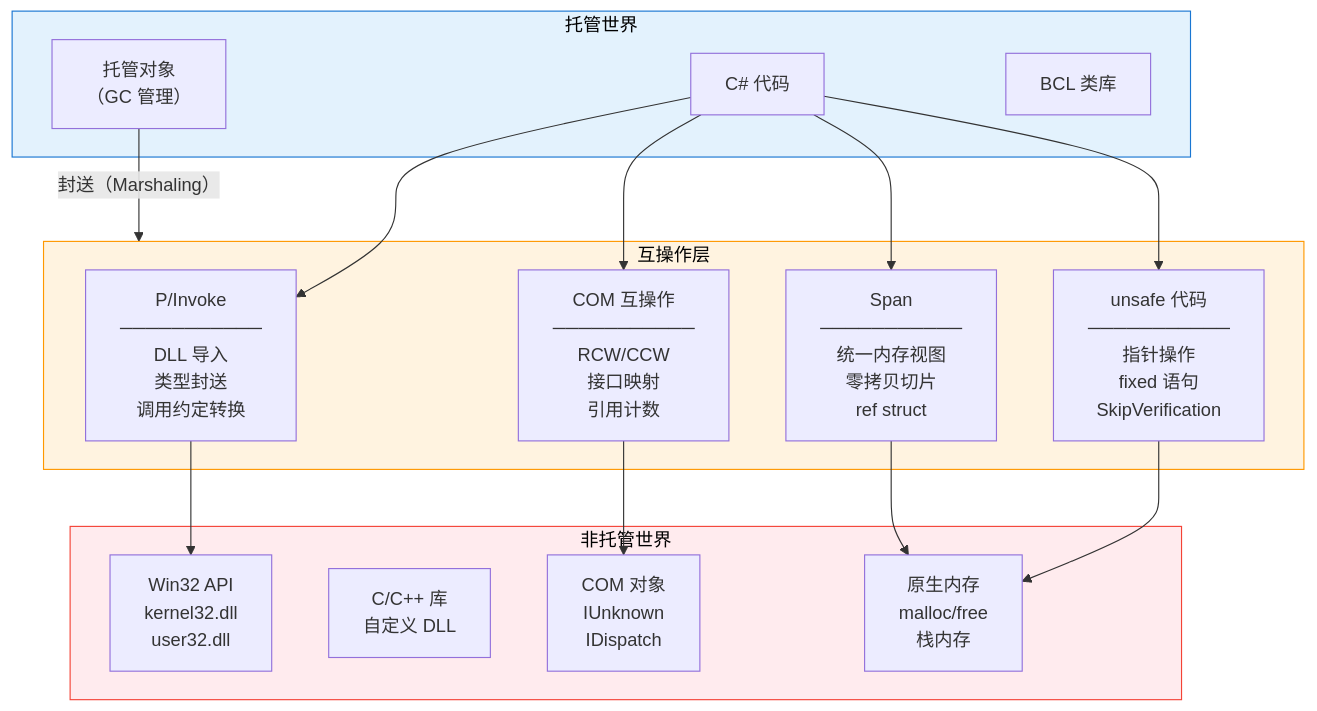
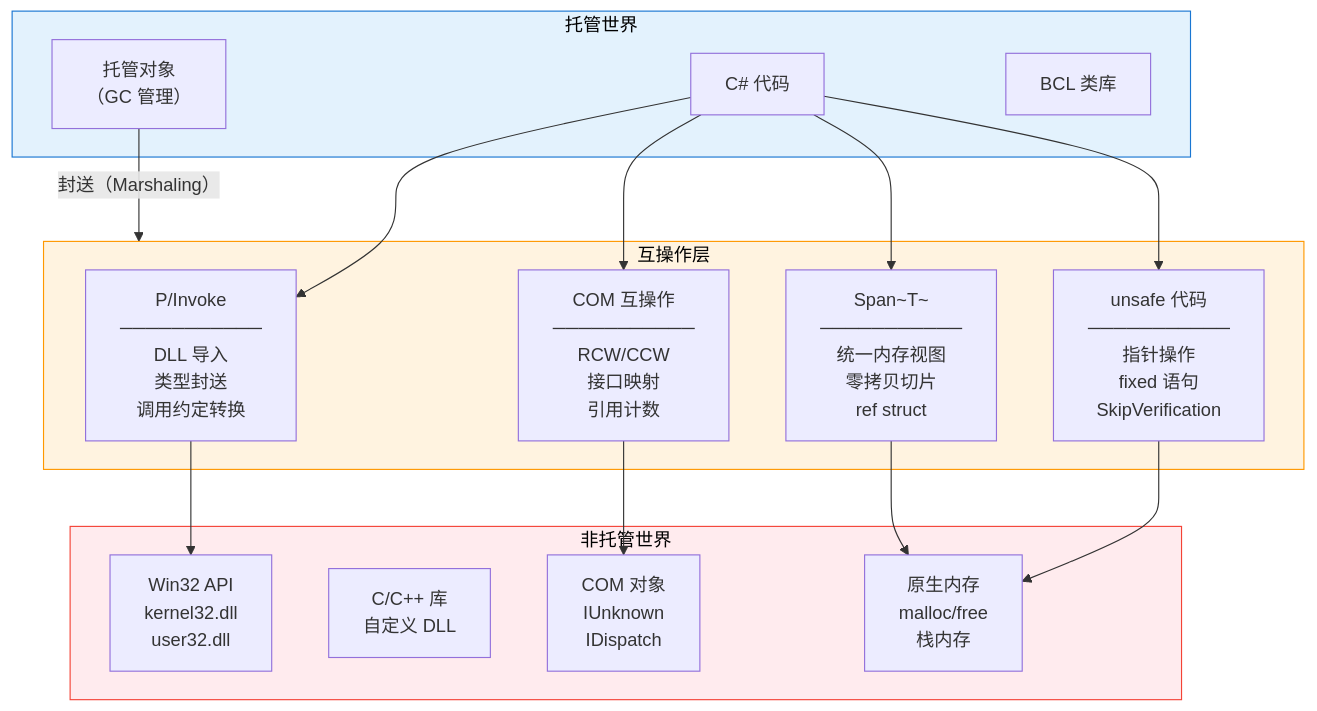
One commit to moklgydocs/moklgydocs.github.io changed diagram 13 of 14 in src/后端开发/CSharp/CLR深度/01_CLR基础与类型系统/01_CLR执行模型与核心组件.md. Above: the diagram before and after it, drawn with Mermaid. The commit also changed other lines of this file and 32 other files, not shown here.

````diff
--- a/src/后端开发/CSharp/CLR深度/01_CLR基础与类型系统/01_CLR执行模型与核心组件.md
+++ b/src/后端开发/CSharp/CLR深度/01_CLR基础与类型系统/01_CLR执行模型与核心组件.md
@@ -1382,32 +1383,32 @@
 ```mermaid
 flowchart TB
     subgraph Managed["托管世界"]
         CS["C# 代码"]
         OBJ["托管对象<br/>（GC 管理）"]
         BCL["BCL 类库"]
     end
 
     subgraph Interop["互操作层"]
         PINVOKE["P/Invoke<br/>───────────<br/>DLL 导入<br/>类型封送<br/>调用约定转换"]
         COM["COM 互操作<br/>───────────<br/>RCW/CCW<br/>接口映射<br/>引用计数"]
         UNSAFE["unsafe 代码<br/>───────────<br/>指针操作<br/>fixed 语句<br/>SkipVerification"]
-        SPAN["Span<T><br/>───────────<br/>统一内存视图<br/>零拷贝切片<br/>ref struct"]
+        SPAN["Span~T~<br/>───────────<br/>统一内存视图<br/>零拷贝切片<br/>ref struct"]
     end
 
     subgraph Unmanaged["非托管世界"]
         WIN32["Win32 API<br/>kernel32.dll<br/>user32.dll"]
         C_LIB["C/C++ 库<br/>自定义 DLL"]
         COM_OBJ["COM 对象<br/>IUnknown<br/>IDispatch"]
         NATIVE_MEM["原生内存<br/>malloc/free<br/>栈内存"]
     end
 
     CS --> PINVOKE --> WIN32
     CS --> COM --> COM_OBJ
     CS --> UNSAFE --> NATIVE_MEM
     CS --> SPAN --> NATIVE_MEM
     OBJ --> |"封送（Marshaling）"| Interop
 
     style Managed fill:#e3f2fd,stroke:#1976d2,color:#000
     style Interop fill:#fff3e0,stroke:#ff9800,color:#000
     style Unmanaged fill:#ffebee,stroke:#f44336,color:#000
 ```
````
